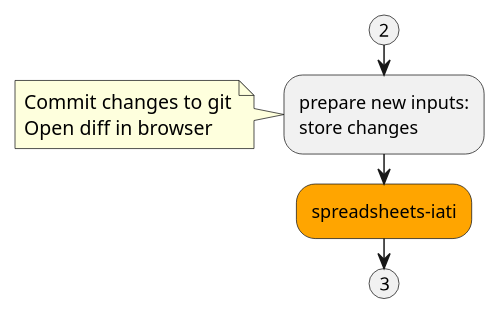
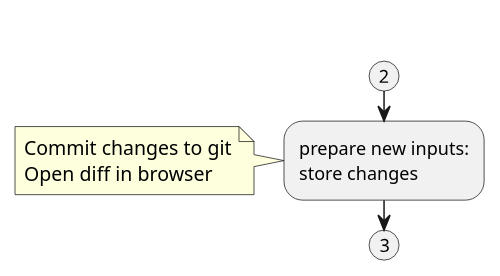
Before and after one commit to zimmerman-team/iati-workbench: the fourth of 9 diagrams in docs/modules/spreadsheets2iati/pages/index.adoc, drawn with PlantUML. The commit also changed other lines of this file, not shown here.

```diff
--- a/docs/modules/spreadsheets2iati/pages/index.adoc
+++ b/docs/modules/spreadsheets2iati/pages/index.adoc
@@ -76,14 +120,14 @@
 [plantuml]
 ....
 @startuml
+skinparam TitleFontColor $divider_main_color
+title In the workspace
 (2)
 :prepare new inputs:
 store changes;
 note
   Commit changes to git
   Open diff in browser
 end note
-
-#orange:spreadsheets-iati;
 (3)
 ....
```
